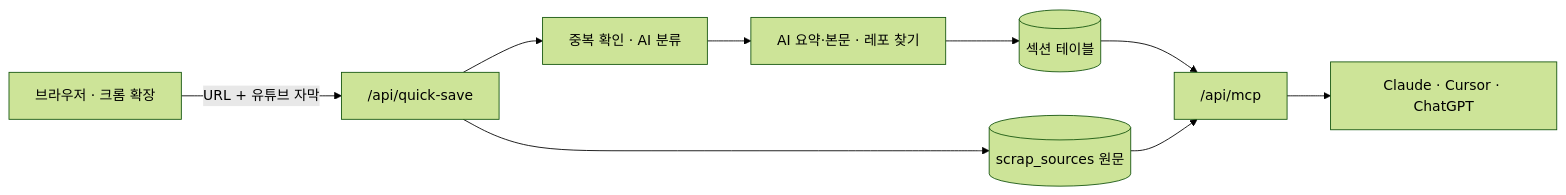
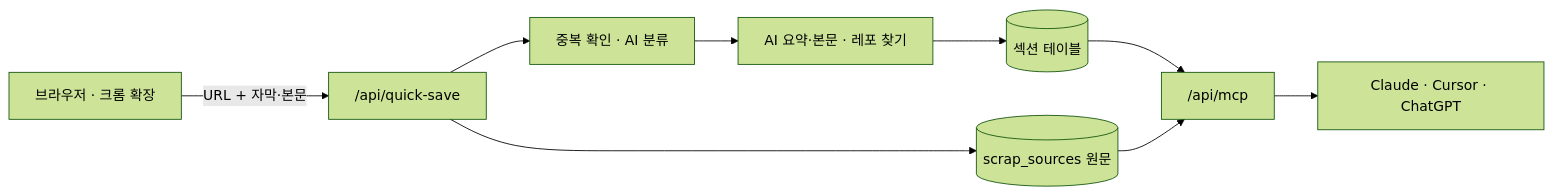
Before and after one commit to hongci9999/myLittleWebsite: the second of 3 diagrams in client/public/about.md, drawn with Mermaid (forest theme). The commit also changed other lines of this file and 4 other files, not shown here.

````diff
--- a/client/public/about.md
+++ b/client/public/about.md
@@ -153,11 +153,11 @@
 ```mermaid
 flowchart LR
-  B[브라우저 · 크롬 확장] -->|URL + 유튜브 자막| Q["/api/quick-save"]
+  B[브라우저 · 크롬 확장] -->|URL + 자막·본문| Q["/api/quick-save"]
   Q --> CL[중복 확인 · AI 분류]
   CL --> F[AI 요약·본문 · 레포 찾기]
   F --> DB[(섹션 테이블)]
   Q --> SRC[(scrap_sources 원문)]
   DB --> M["/api/mcp"]
   SRC --> M
   M --> AI[Claude · Cursor · ChatGPT]
 ```
````
